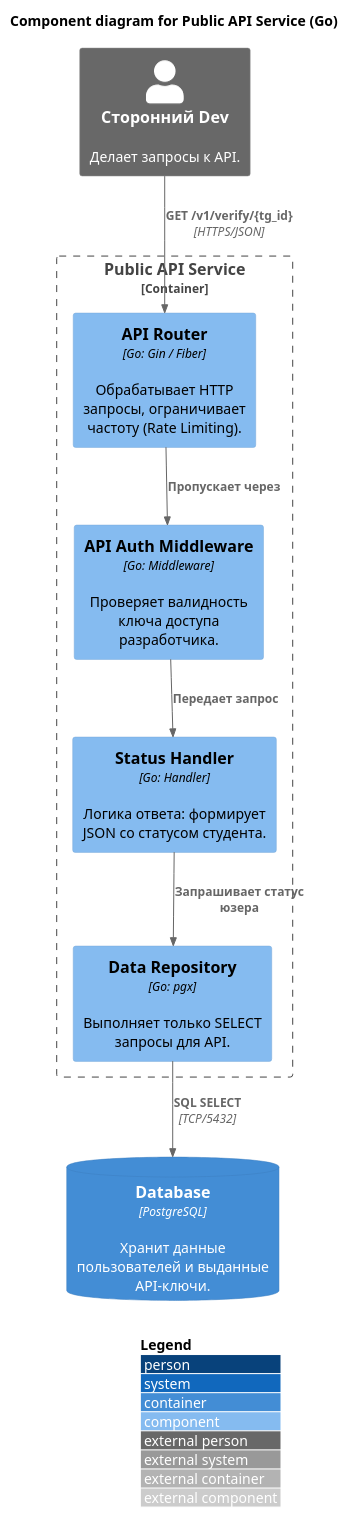
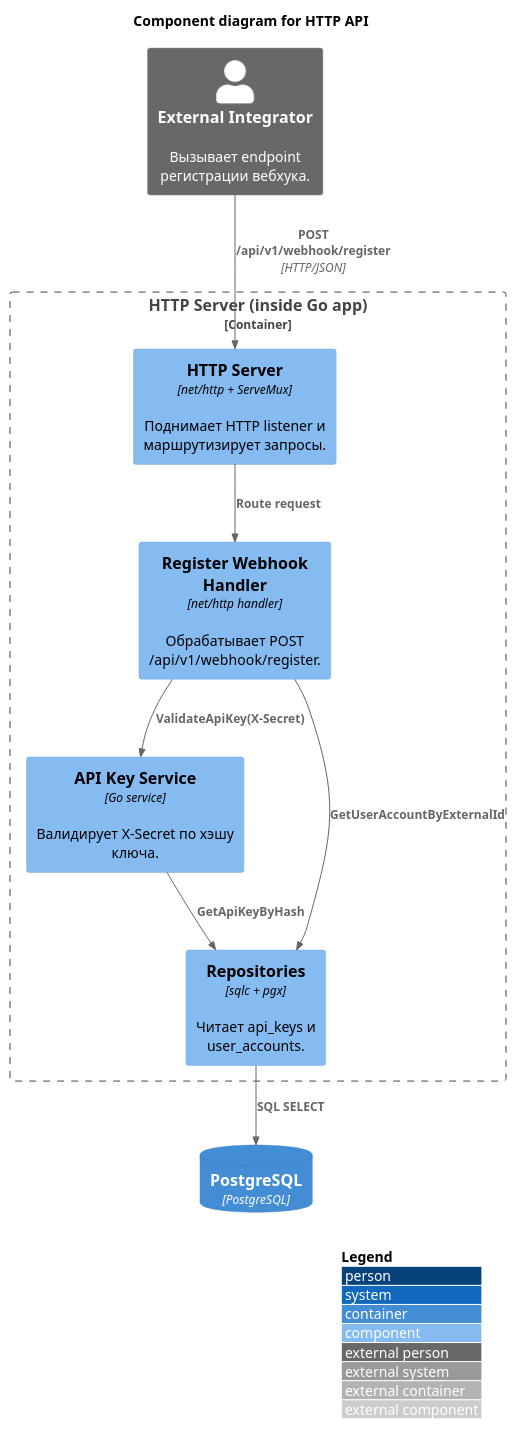
One commit to vgy789/NoemX21-bot changed the diagram in docs/c4/c4_component_api.puml. Above: the diagram before and after it, drawn with PlantUML. The commit also changed 4 other files, not shown here.

Commit message:
chore: актуализированы c4 диаграммы

```diff
--- a/docs/c4/c4_component_api.puml
+++ b/docs/c4/c4_component_api.puml
@@ -1,26 +1,25 @@
 @startuml
 !include https://raw.githubusercontent.com/plantuml-stdlib/C4-PlantUML/master/C4_Component.puml
 
 LAYOUT_WITH_LEGEND()
 
-title Component diagram for Public API Service (Go)
+title Component diagram for HTTP API
 
-ContainerDb(db, "Database", "PostgreSQL", "Хранит данные пользователей и выданные API-ключи.")
-Person_Ext(ext_dev, "Сторонний Dev", "Делает запросы к API.")
+Person_Ext(integrator, "External Integrator", "Вызывает endpoint регистрации вебхука.")
+ContainerDb(db, "PostgreSQL", "PostgreSQL")
 
-Container_Boundary(api_service, "Public API Service") {
-    Component(api_router, "API Router", "Go: Gin / Fiber", "Обрабатывает HTTP запросы, ограничивает частоту (Rate Limiting).")
-    Component(token_auth, "API Auth Middleware", "Go: Middleware", "Проверяет валидность ключа доступа разработчика.")
-    Component(api_handler, "Status Handler", "Go: Handler", "Логика ответа: формирует JSON со статусом студента.")
-    
-    ' Слой данных общий с ботом
-    Component(repo, "Data Repository", "Go: pgx", "Выполняет только SELECT запросы для API.")
+Container_Boundary(api_runtime, "HTTP Server (inside Go app)") {
+    Component(server, "HTTP Server", "net/http + ServeMux", "Поднимает HTTP listener и маршрутизирует запросы.")
+    Component(handler, "Register Webhook Handler", "net/http handler", "Обрабатывает POST /api/v1/webhook/register.")
+    Component(api_keys, "API Key Service", "Go service", "Валидирует X-Secret по хэшу ключа.")
+    Component(repo, "Repositories", "sqlc + pgx", "Читает api_keys и user_accounts.")
 }
 
-Rel(ext_dev, api_router, "GET /v1/verify/{tg_id}", "HTTPS/JSON")
-Rel(api_router, token_auth, "Пропускает через")
-Rel(token_auth, api_handler, "Передает запрос")
-Rel(api_handler, repo, "Запрашивает статус юзера")
-Rel(repo, db, "SQL SELECT", "TCP/5432")
+Rel(integrator, server, "POST /api/v1/webhook/register", "HTTP/JSON")
+Rel(server, handler, "Route request")
+Rel(handler, api_keys, "ValidateApiKey(X-Secret)")
+Rel(handler, repo, "GetUserAccountByExternalId")
+Rel(api_keys, repo, "GetApiKeyByHash")
+Rel(repo, db, "SQL SELECT")
 
 @enduml
```
